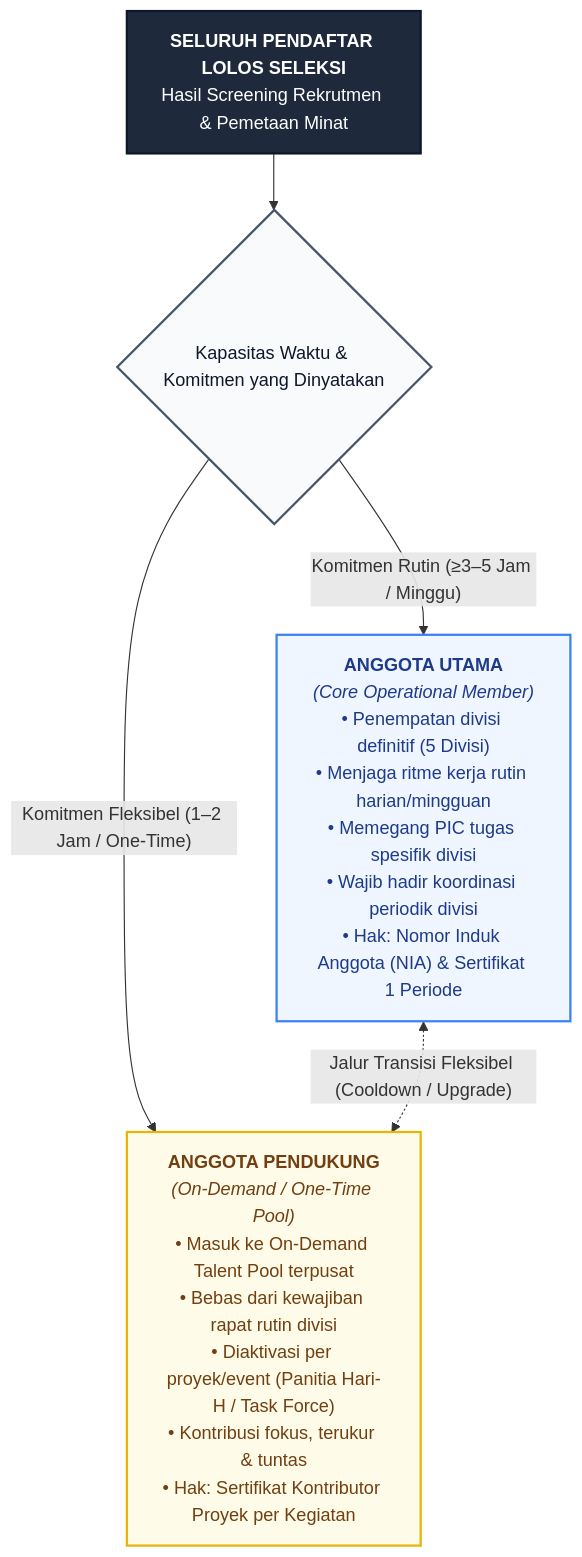
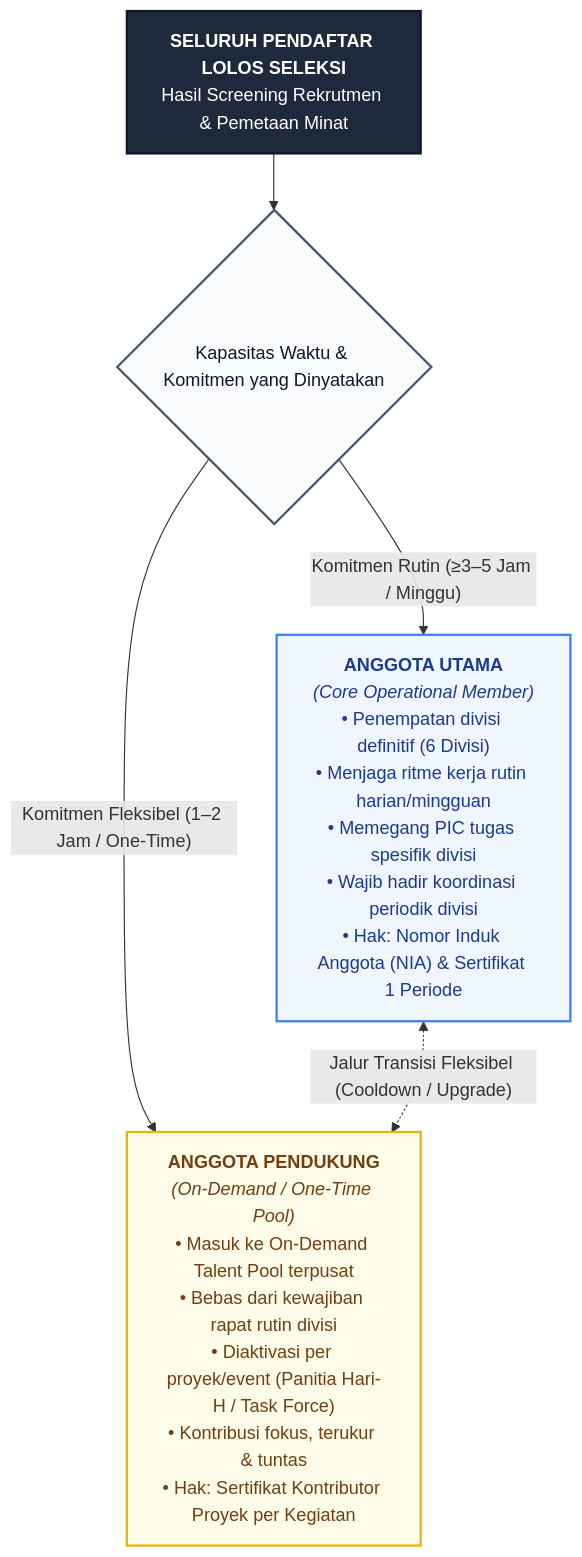
Before and after one commit to himsisfo-unsia/masterplan-2026-2027: the second of 3 diagrams in structure-and-role.md, drawn with Mermaid. The commit also changed other lines of this file and 1 other file, not shown here.

First line of the commit message:
feat(structure): perbarui struktur HIMA 2026-2027 dengan 6 divisi operasional dan 2 wakil ketua

````diff
--- a/structure-and-role.md
+++ b/structure-and-role.md
@@ -348,21 +456,21 @@
 ```mermaid
 flowchart TD
     All["<b>SELURUH PENDAFTAR LOLOS SELEKSI</b><br/>Hasil Screening Rekrutmen & Pemetaan Minat"] --> Split{"Kapasitas Waktu & Komitmen yang Dinyatakan"}
 
-    Split -->|"Komitmen Rutin (≥3–5 Jam / Minggu)"| Utama["<b>ANGGOTA UTAMA</b><br/><i>(Core Operational Member)</i><br/>• Penempatan divisi definitif (5 Divisi)<br/>• Menjaga ritme kerja rutin harian/mingguan<br/>• Memegang PIC tugas spesifik divisi<br/>• Wajib hadir koordinasi periodik divisi<br/>• Hak: Nomor Induk Anggota (NIA) & Sertifikat 1 Periode"]
+    Split -->|"Komitmen Rutin (≥3–5 Jam / Minggu)"| Utama["<b>ANGGOTA UTAMA</b><br/><i>(Core Operational Member)</i><br/>• Penempatan divisi definitif (6 Divisi)<br/>• Menjaga ritme kerja rutin harian/mingguan<br/>• Memegang PIC tugas spesifik divisi<br/>• Wajib hadir koordinasi periodik divisi<br/>• Hak: Nomor Induk Anggota (NIA) & Sertifikat 1 Periode"]
 
     Split -->|"Komitmen Fleksibel (1–2 Jam / One-Time)"| Pendukung["<b>ANGGOTA PENDUKUNG</b><br/><i>(On-Demand / One-Time Pool)</i><br/>• Masuk ke On-Demand Talent Pool terpusat<br/>• Bebas dari kewajiban rapat rutin divisi<br/>• Diaktivasi per proyek/event (Panitia Hari-H / Task Force)<br/>• Kontribusi fokus, terukur & tuntas<br/>• Hak: Sertifikat Kontributor Proyek per Kegiatan"]
 
     Utama <-.->|"Jalur Transisi Fleksibel (Cooldown / Upgrade)"| Pendukung
 
     %% STYLING
     classDef allBox fill:#1e293b,stroke:#0f172a,stroke-width:2px,color:#ffffff;
     classDef decision fill:#f8fafc,stroke:#475569,stroke-width:2px,color:#0f172a;
     classDef core fill:#eff6ff,stroke:#3b82f6,stroke-width:2px,color:#1e3a8a;
     classDef support fill:#fefce8,stroke:#eab308,stroke-width:2px,color:#713f12;
 
     class All allBox;
     class Split decision;
     class Utama core;
     class Pendukung support;
 ```
````
